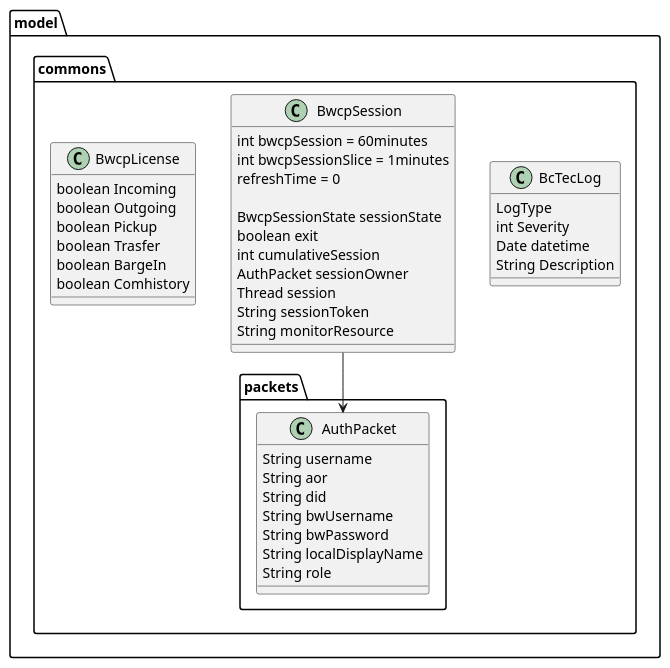
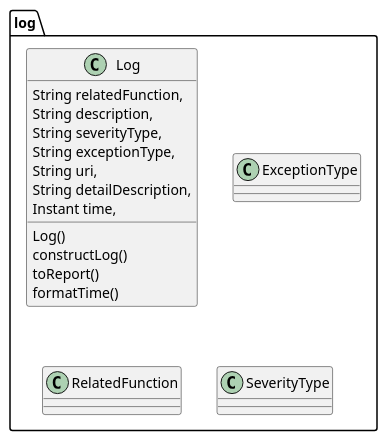
One commit to JyouJyou/bc-tech-documentation changed the diagram in diagrams/commons/model-class-diagram.puml. Above: the diagram before and after it, drawn with PlantUML. The commit also changed 15 other files, not shown here.

Commit message:
Update backend class diagram

```diff
--- a/diagrams/commons/model-class-diagram.puml
+++ b/diagrams/commons/model-class-diagram.puml
@@ -1,49 +1,29 @@
 @startuml
 
-package model{
-  package commons {
-    class BcTecLog{
-      LogType
-      int Severity
-      Date datetime
-      String Description
-    }
-    class BwcpSession{
-      int bwcpSession = 60minutes
-      int bwcpSessionSlice = 1minutes
-      refreshTime = 0
+package log {
+  class Log {
+    String relatedFunction,
+    String description,
+    String severityType,
+    String exceptionType,
+    String uri,
+    String detailDescription,
+    Instant time,
 
-      BwcpSessionState sessionState
-      boolean exit
-      int cumulativeSession
-      AuthPacket sessionOwner
-      Thread session
-      String sessionToken
-      String monitorResource
+    Log()
+    constructLog()
+    toReport()
+    formatTime()
+  }
+  class ExceptionType {
+    
+  }
+  class RelatedFunction {
 
-    }
-    class BwcpLicense{
-      boolean Incoming
-      boolean Outgoing
-      boolean Pickup
-      boolean Trasfer
-      boolean BargeIn
-      boolean Comhistory
-    }
-    package packets{
-      class AuthPacket{
-        String username
-        String aor
-        String did
-        String bwUsername
-        String bwPassword
-        String localDisplayName
-        String role
-      }
-    }
+  }
+  class SeverityType {
+
   }
 }
 
-BwcpSession --> AuthPacket
-
 @enduml
```
